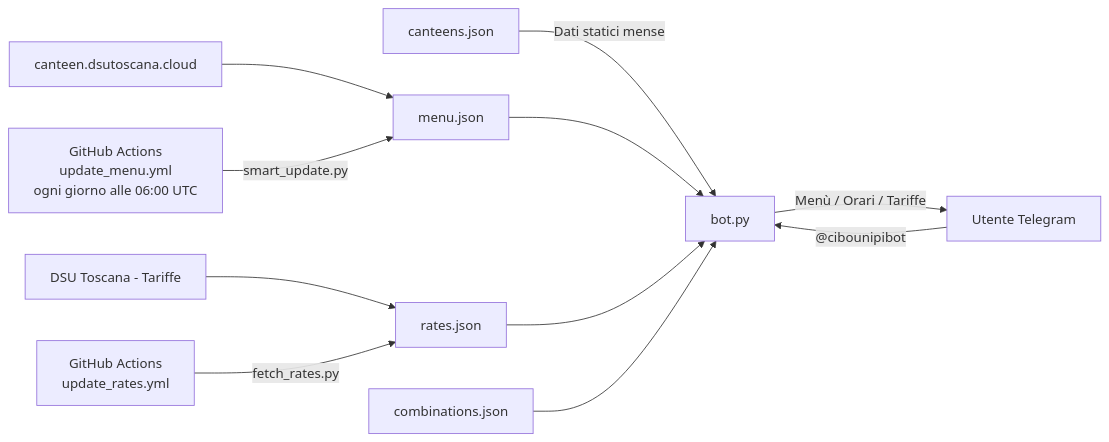
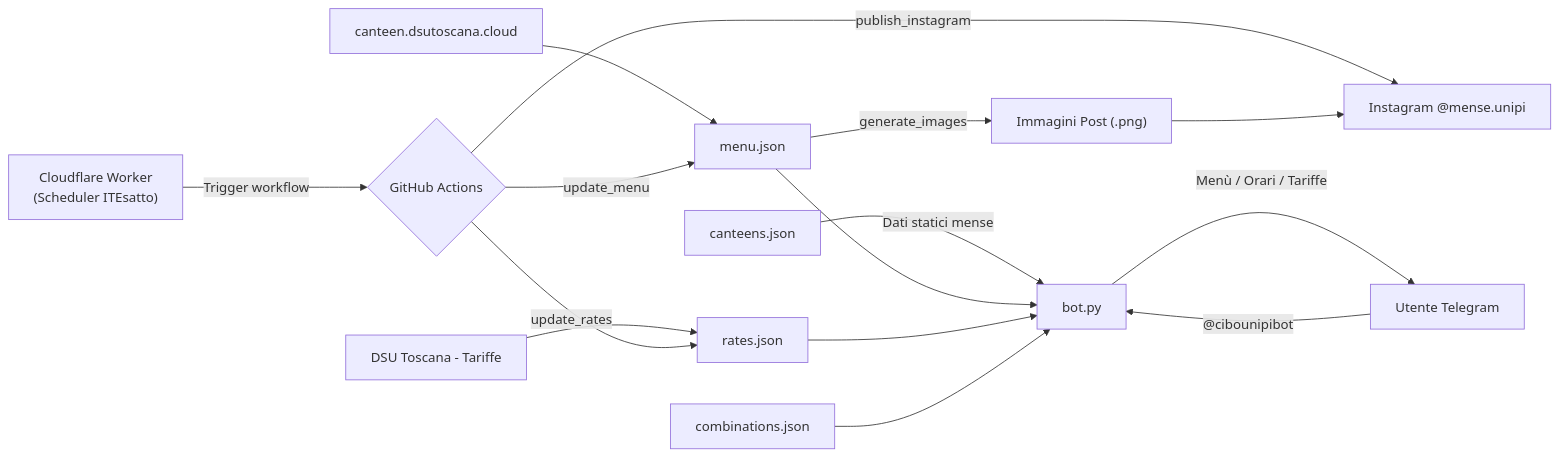
Before and after one commit to plumkewe/mense-unipi-bot: the diagram in README.md, drawn with Mermaid. The commit also changed other lines of this file and 3 other files, not shown here.

````diff
--- a/README.md
+++ b/README.md
@@ -80,16 +83,21 @@
 ```mermaid
 graph LR
     A["canteen.dsutoscana.cloud"] --> B["menu.json"]
     C["DSU Toscana - Tariffe"] --> D["rates.json"]
     E["canteens.json"] -->|Dati statici mense| F["bot.py"]
 
-    G["GitHub Actions<br>update_menu.yml<br>ogni giorno alle 06:00 UTC"] -->|smart_update.py| B
-    H["GitHub Actions<br>update_rates.yml"] -->|fetch_rates.py| D
+    G["Cloudflare Worker<br>(Scheduler ITEsatto)"] -->|Trigger workflow| H{"GitHub Actions"}
+
+    H -->|update_menu| B
+    H -->|update_rates| D
+    B -->|generate_images| I["Immagini Post (.png)"]
+    H -->|publish_instagram| J["Instagram @mense.unipi"]
+    I --> J
 
     B --> F
     D --> F
-    I["combinations.json"] --> F
+    K["combinations.json"] --> F
 
-    F -->|"Menù / Orari / Tariffe"| J["Utente Telegram"]
-    J -->|"@cibounipibot"| F
+    F -->|"Menù / Orari / Tariffe"| L["Utente Telegram"]
+    L -->|"@cibounipibot"| F
 ```
````
